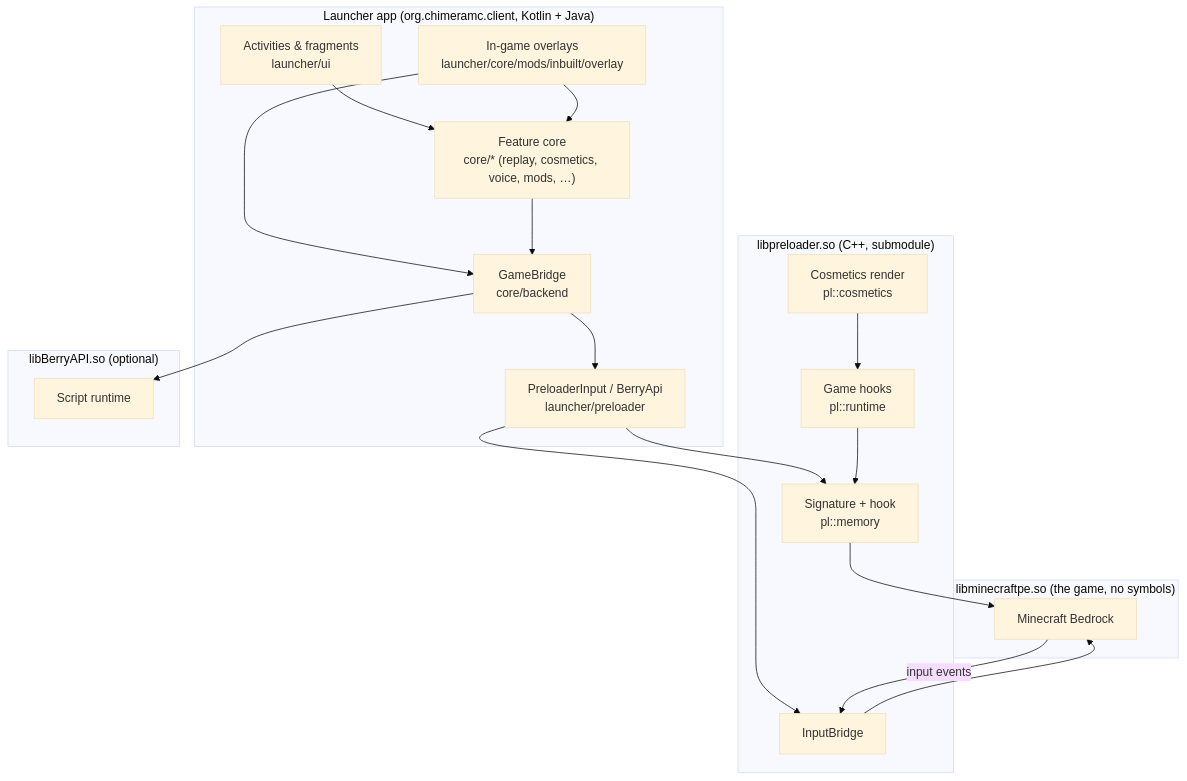
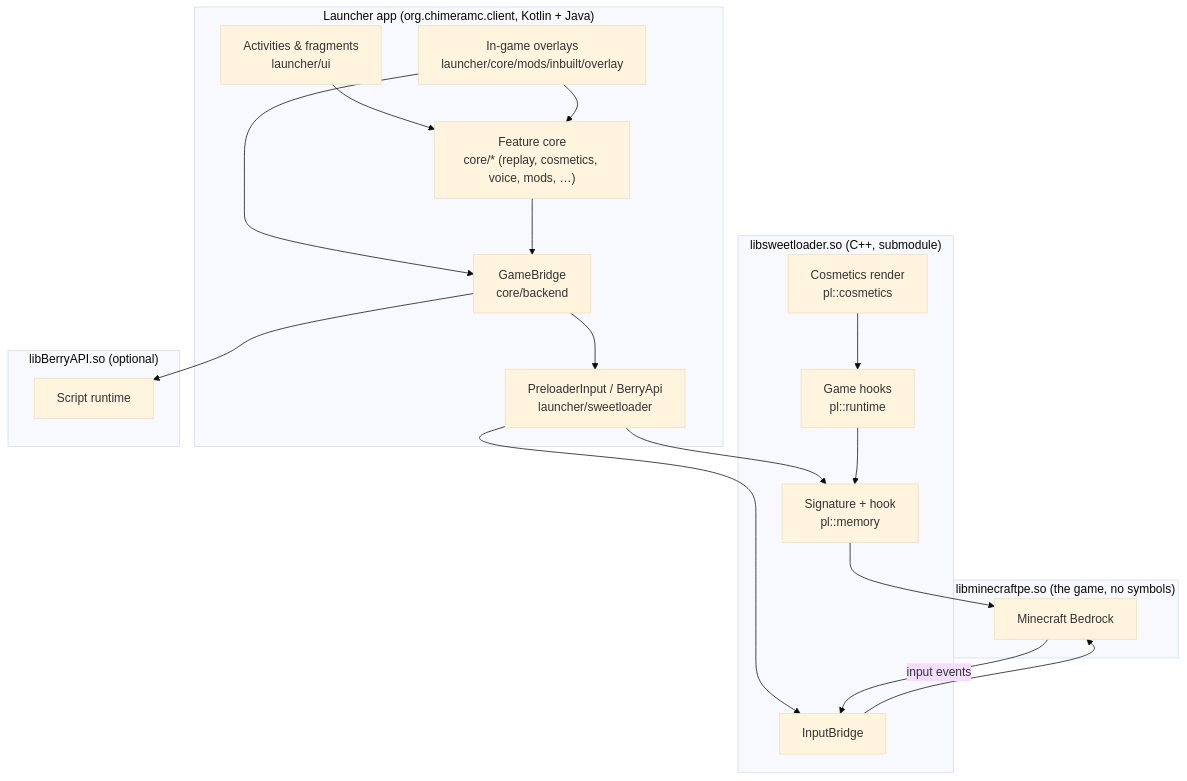
One commit to ChimeraAnt-DEV/CaramelClient changed the diagram in docs/ARCHITECTURE.md. Above: the diagram before and after it, drawn with Mermaid (base theme). The commit also changed other lines of this file and 603 other files, not shown here.

````diff
--- a/docs/ARCHITECTURE.md
+++ b/docs/ARCHITECTURE.md
@@ -9,39 +9,39 @@
 ```mermaid
 flowchart TD
     subgraph App["Launcher app (org.chimeramc.client, Kotlin + Java)"]
         UI["Activities & fragments<br/>launcher/ui"]
         OVER["In-game overlays<br/>launcher/core/mods/inbuilt/overlay"]
         CORE["Feature core<br/>core/* (replay, cosmetics, voice, mods, …)"]
         BRIDGE["GameBridge<br/>core/backend"]
-        PREIN["PreloaderInput / BerryApi<br/>launcher/preloader"]
+        PREIN["PreloaderInput / BerryApi<br/>launcher/sweetloader"]
     end
 
-    subgraph Preloader["libpreloader.so (C++, submodule)"]
+    subgraph SweetLoader["libsweetloader.so (C++, submodule)"]
         SIG["Signature + hook<br/>pl::memory"]
         RUNTIME["Game hooks<br/>pl::runtime"]
         COSM["Cosmetics render<br/>pl::cosmetics"]
         INP["InputBridge"]
     end
 
     subgraph Game["libminecraftpe.so (the game, no symbols)"]
         GAME["Minecraft Bedrock"]
     end
 
     subgraph Script["libBerryAPI.so (optional)"]
         BERRY["Script runtime"]
     end
 
     UI --> CORE
     OVER --> CORE
     OVER --> BRIDGE
     CORE --> BRIDGE
     BRIDGE --> PREIN
     BRIDGE --> BERRY
     PREIN --> SIG
     PREIN --> INP
     RUNTIME --> SIG
     COSM --> RUNTIME
     SIG --> GAME
     INP --> GAME
     GAME -->|input events| INP
 ```
````
